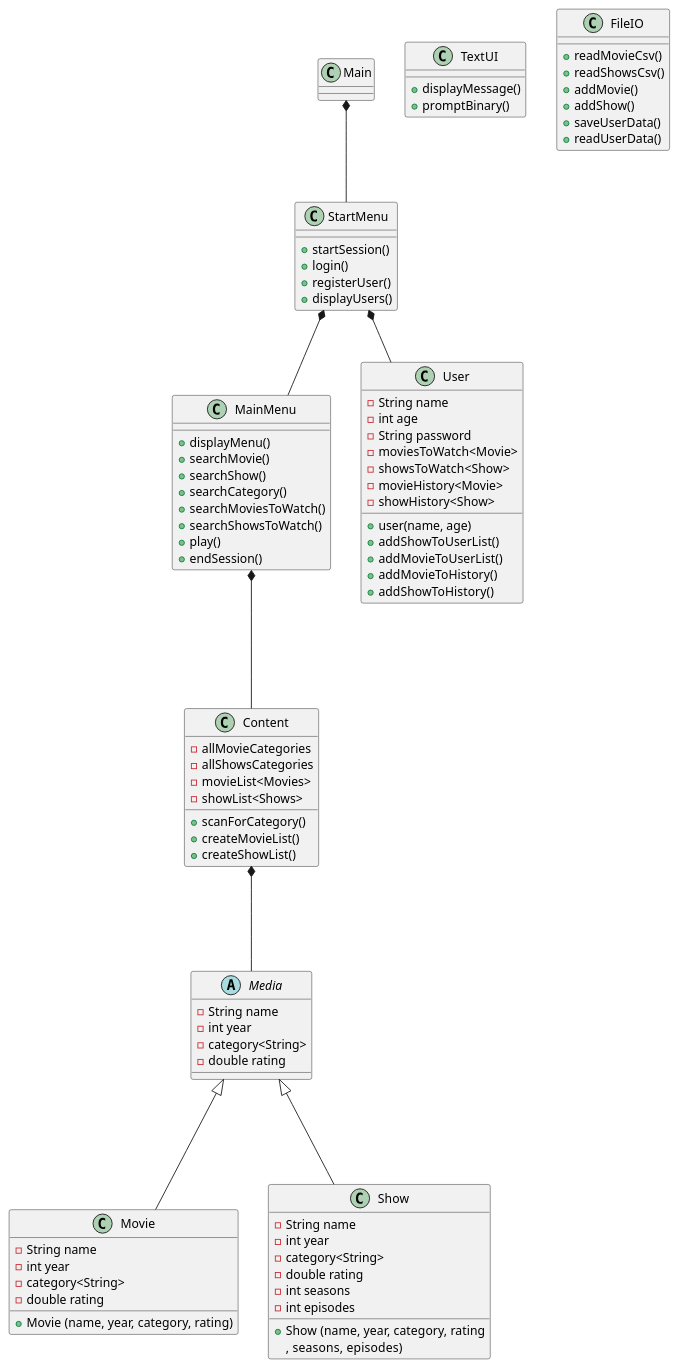
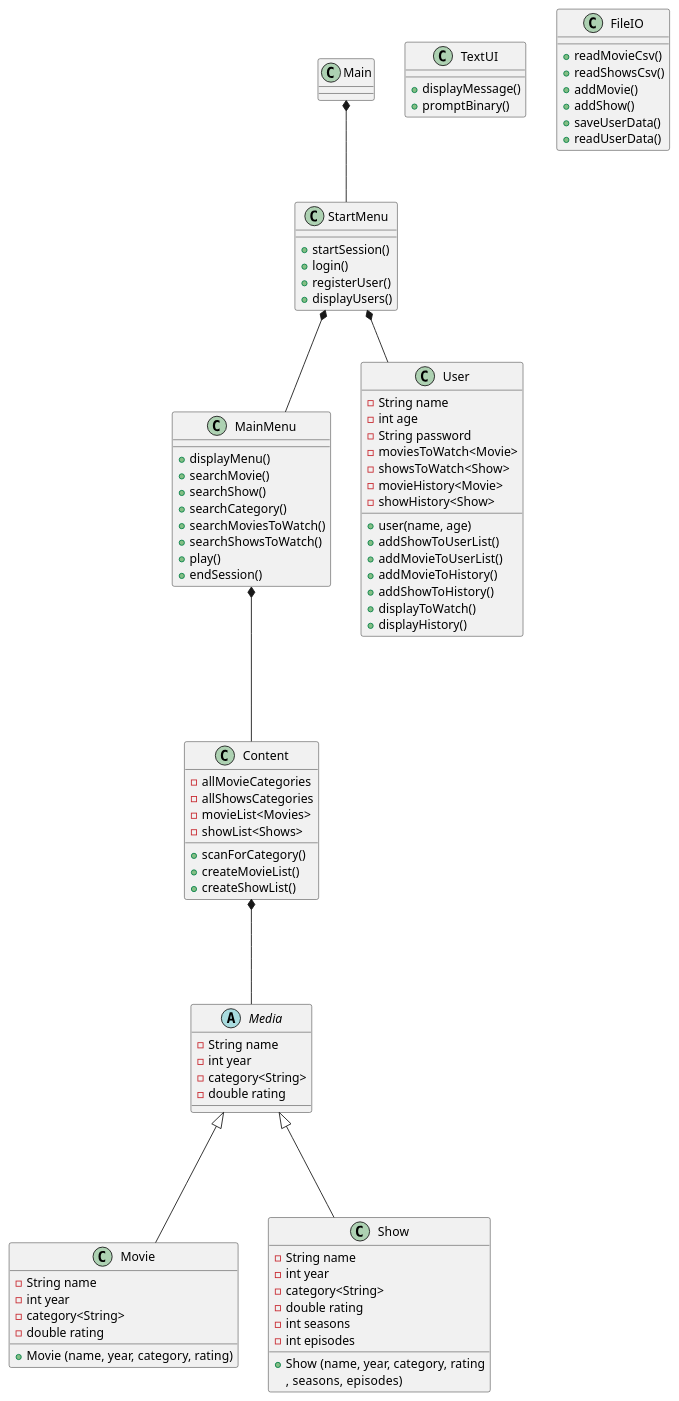
The diagram in UML/ClassDiagram.puml (KatarinaKN/SP3-Streaming-Service), drawn with PlantUML before and after one commit.

Commit message:
- User Class - Media toString() - Main class

```diff
--- a/UML/ClassDiagram.puml
+++ b/UML/ClassDiagram.puml
@@ -1,94 +1,96 @@
 @startuml
 'https://plantuml.com/class-diagram
 
 class Main
 class StartMenu {
     + startSession()
     + login()
     + registerUser()
     + displayUsers()
 }
 class MainMenu {
     + displayMenu()
     + searchMovie()
     + searchShow()
     + searchCategory()
     + searchMoviesToWatch()
     + searchShowsToWatch()
     + play()
     + endSession()
 }
 class User {
     - String name
     - int age
     - String password
     - moviesToWatch<Movie>
     - showsToWatch<Show>
     - movieHistory<Movie>
     - showHistory<Show>
     + user(name, age)
     + addShowToUserList()
     + addMovieToUserList()
     + addMovieToHistory()
     + addShowToHistory()
+    + displayToWatch()
+    + displayHistory()
 }
 
 class Content {
     - allMovieCategories
     - allShowsCategories
     - movieList<Movies>
     - showList<Shows>
     + scanForCategory()
     + createMovieList()
     + createShowList()
 }
 
 abstract class Media {
     - String name
     - int year
     - category<String>
     - double rating
 
 }
 
 class Movie {
     - String name
     - int year
     - category<String>
     - double rating
     + Movie (name, year, category, rating)
 }
 class Show {
     - String name
     - int year
     - category<String>
     - double rating
     - int seasons
     - int episodes
     + Show (name, year, category, rating
     ,  seasons, episodes)
 }
 class TextUI {
     + displayMessage()
     + promptBinary()
 }
 class FileIO {
     + readMovieCsv()
     + readShowsCsv()
     + addMovie()
     + addShow()
     + saveUserData()
     + readUserData()
 }
 
 Main *-- StartMenu
 StartMenu *-- User
 StartMenu *-- MainMenu
 MainMenu *--- Content
 Content *--- Media
 Media <|--- Movie
 Media <|--- Show
 
 
 
 @enduml
```
